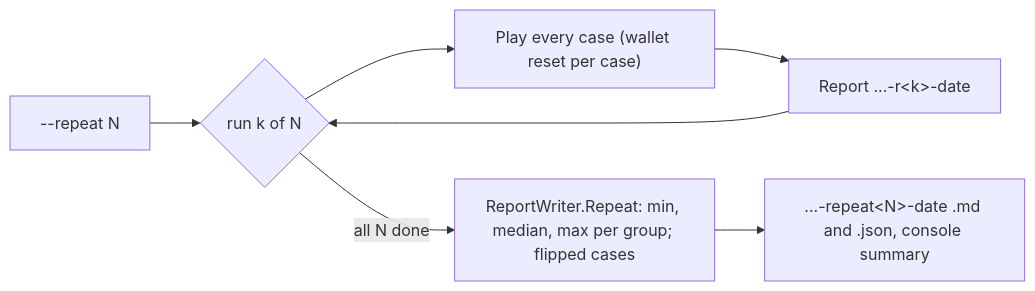
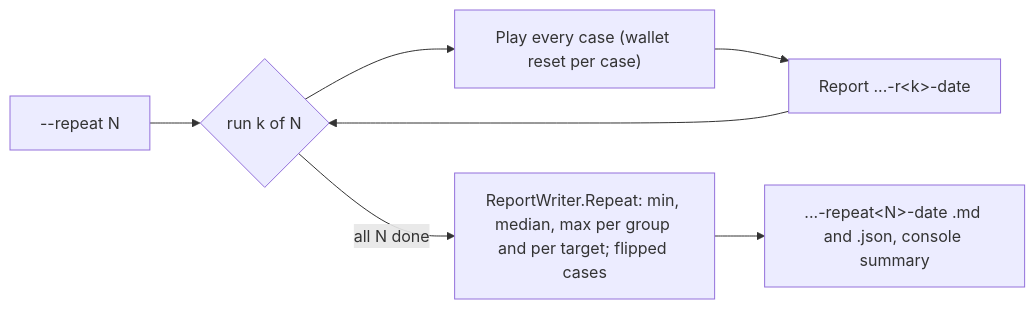
Before and after one commit to Khalil-Alhadidi/Naqoli: the third of 3 diagrams in docs/agent-eval.md, drawn with Mermaid. The commit also changed other lines of this file and 10 other files, not shown here.

Commit message:
feat(eval): the targets table of docs/targets.md in every report, pass or miss per measure, and in the repeat aggregate

````diff
--- a/docs/agent-eval.md
+++ b/docs/agent-eval.md
@@ -157,9 +161,9 @@
 ```mermaid
 flowchart LR
     args["--repeat N"] --> loop{"run k of N"}
     loop --> play["Play every case (wallet reset per case)"]
     play --> report["Report ...-r&lt;k&gt;-date"]
     report --> loop
-    loop -- "all N done" --> agg["ReportWriter.Repeat: min, median, max per group; flipped cases"]
+    loop -- "all N done" --> agg["ReportWriter.Repeat: min, median, max per group and per target; flipped cases"]
     agg --> write["...-repeat&lt;N&gt;-date .md and .json, console summary"]
 ```
````
